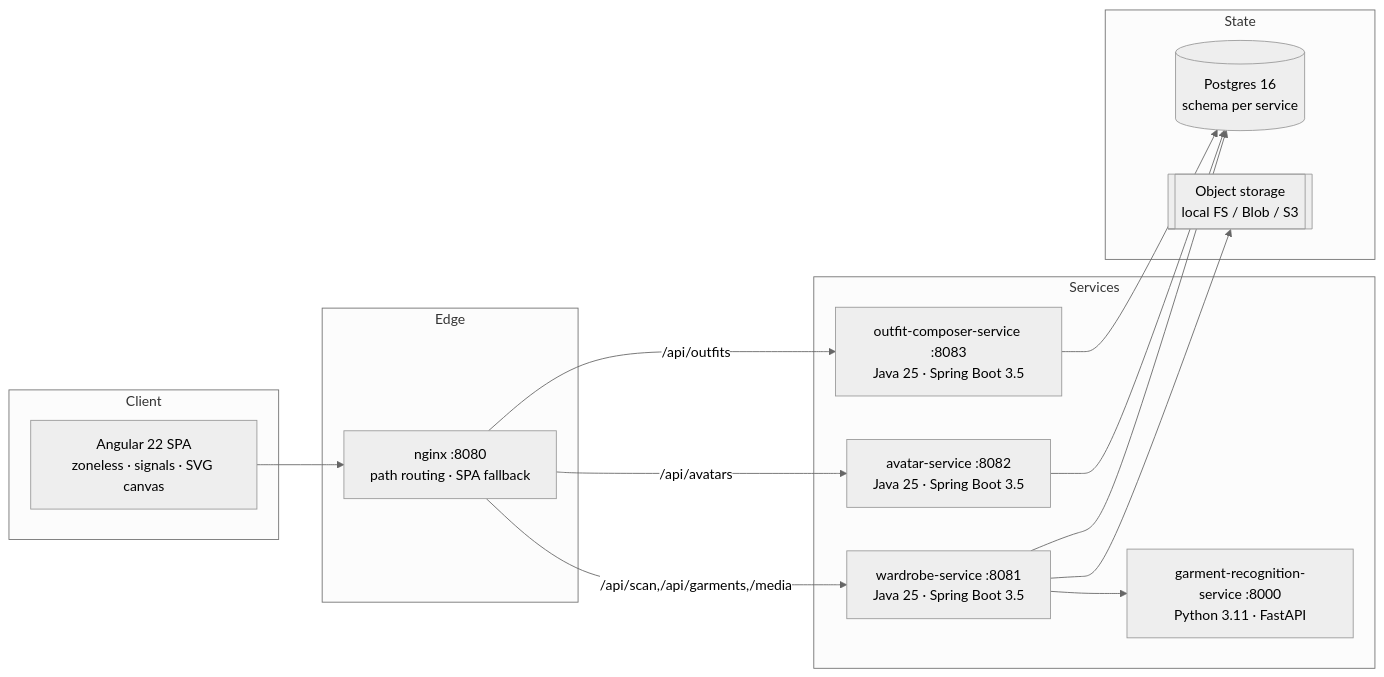
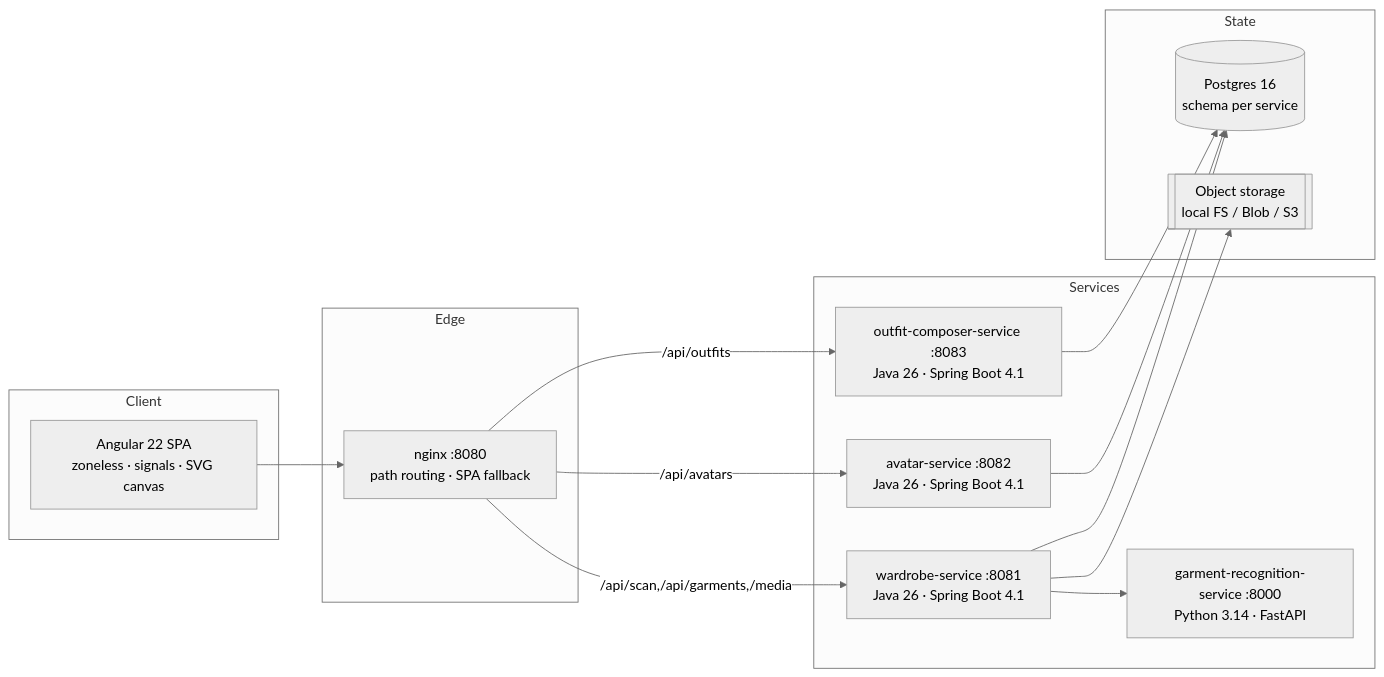
The second of 5 diagrams in README.md (ChrisvDalen/Dressd), drawn with Mermaid (neutral theme) before and after one commit. The commit also changed other lines of this file and 19 other files, not shown here.

````diff
--- a/README.md
+++ b/README.md
@@ -132,28 +132,28 @@
 ```mermaid
 graph LR
     subgraph Client
       NG[Angular 22 SPA<br/>zoneless · signals · SVG canvas]
     end
     subgraph Edge
       NginX[nginx :8080<br/>path routing · SPA fallback]
     end
     subgraph Services
-      W[wardrobe-service :8081<br/>Java 25 · Spring Boot 3.5]
-      A[avatar-service :8082<br/>Java 25 · Spring Boot 3.5]
-      O[outfit-composer-service :8083<br/>Java 25 · Spring Boot 3.5]
-      R[garment-recognition-service :8000<br/>Python 3.11 · FastAPI]
+      W[wardrobe-service :8081<br/>Java 26 · Spring Boot 4.1]
+      A[avatar-service :8082<br/>Java 26 · Spring Boot 4.1]
+      O[outfit-composer-service :8083<br/>Java 26 · Spring Boot 4.1]
+      R[garment-recognition-service :8000<br/>Python 3.14 · FastAPI]
     end
     subgraph State
       PG[(Postgres 16<br/>schema per service)]
       OBJ[[Object storage<br/>local FS / Blob / S3]]
     end
     NG --> NginX
     NginX -->|/api/scan,/api/garments,/media| W
     NginX -->|/api/avatars| A
     NginX -->|/api/outfits| O
     W --> R
     W --> PG
     A --> PG
     O --> PG
     W --> OBJ
 ```
````
